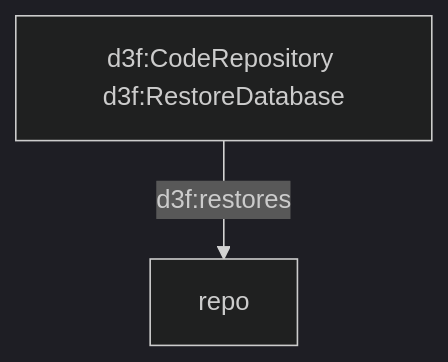
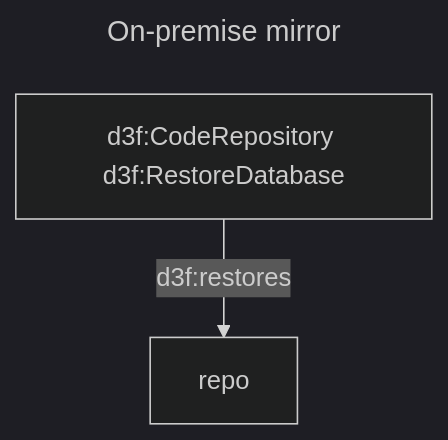
One commit to ioggstream/d3sign changed the second of 2 diagrams in app/src/data/examples/ssh-authentication.md. Above: the diagram before and after it, drawn with Mermaid (dark theme). The commit also changed 8 other files, not shown here.

Commit message:
Fix: #6. Diagram titles.

````diff
--- a/app/src/data/examples/ssh-authentication.md
+++ b/app/src/data/examples/ssh-authentication.md
@@ -90,6 +90,9 @@
 ```mermaid
+---
+title: On-premise mirror
+---
 graph
 
 backup[d3f:CodeRepository d3f:RestoreDatabase]
 backup -->|d3f:restores| repo
 ```
````
